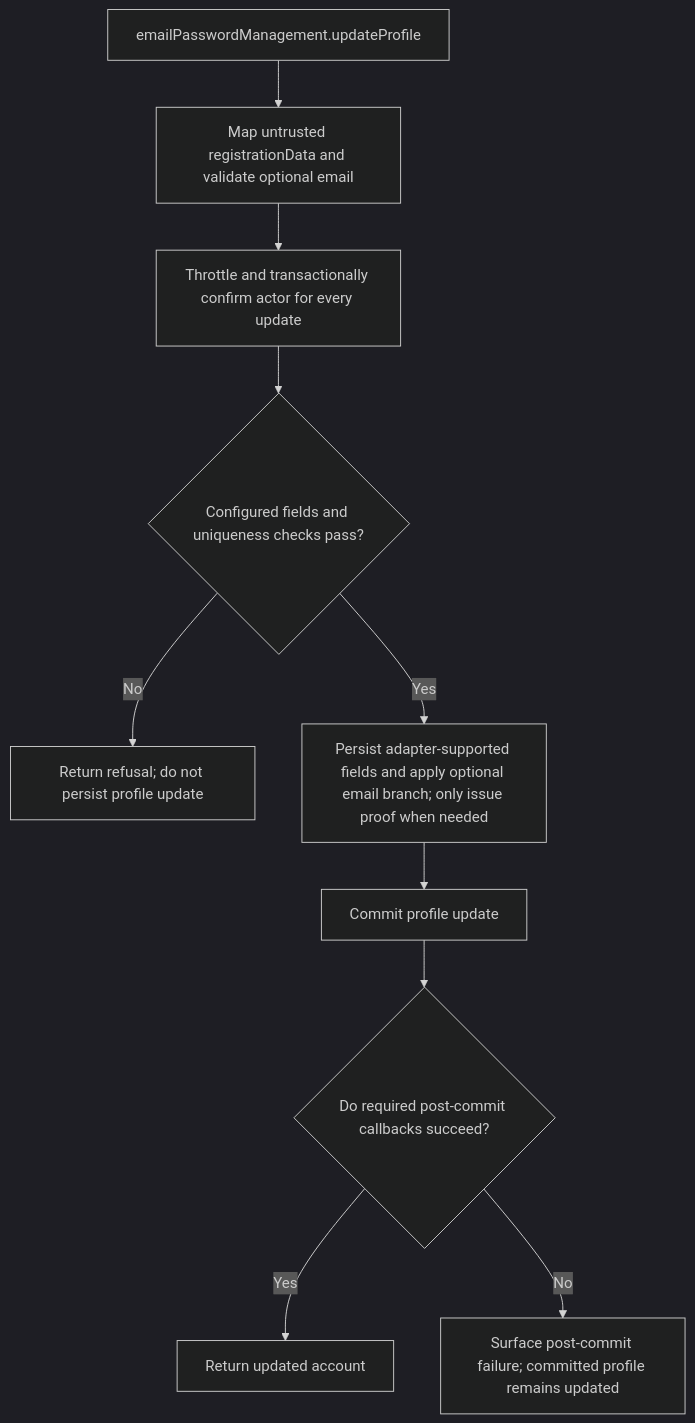
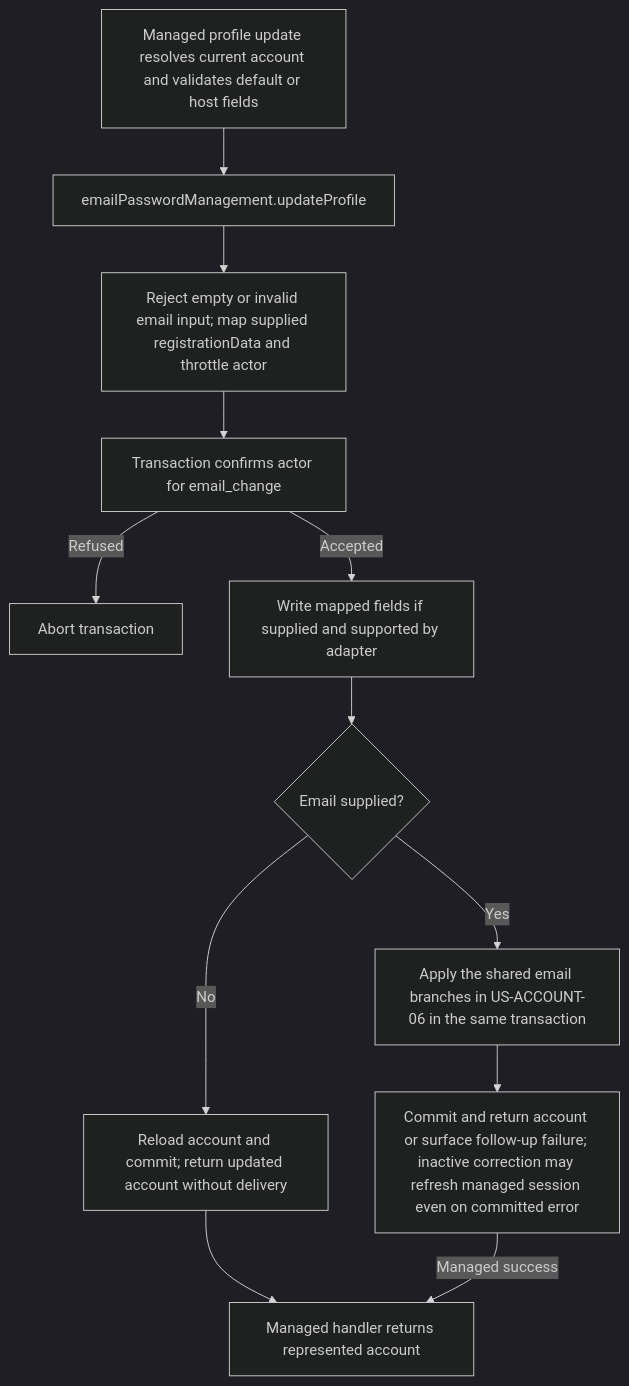
One commit to Kevinjohn/oss-adonisjs-account-kit changed the second of 2 diagrams in user-stories/US-ACCOUNT-07-update-profile.md. Above: the diagram before and after it, drawn with Mermaid (dark theme). The commit also changed other lines of this file and 70 other files, not shown here.

Commit message:
Refresh the Account Kit user story catalogue for 0.6.0

````diff
--- a/user-stories/US-ACCOUNT-07-update-profile.md
+++ b/user-stories/US-ACCOUNT-07-update-profile.md
@@ -31,12 +31,14 @@
 ```mermaid
 flowchart TD
- A["emailPasswordManagement.updateProfile"] --> B["Map untrusted registrationData and validate optional email"]
- B --> C["Throttle and transactionally confirm actor for every update"]
- C --> D{"Configured fields and uniqueness checks pass?"}
- D -->|No| E["Return refusal; do not persist profile update"]
- D -->|Yes| F["Persist adapter-supported fields and apply optional email branch; only issue proof when needed"]
- F --> G["Commit profile update"]
- G --> H{"Do required post-commit callbacks succeed?"}
- H -->|Yes| I["Return updated account"]
- H -->|No| J["Surface post-commit failure; committed profile remains updated"]
+  M["Managed profile update resolves current account and validates default or host fields"] --> A["emailPasswordManagement.updateProfile"]
+  A --> B["Reject empty or invalid email input; map supplied registrationData and throttle actor"]
+  B --> C["Transaction confirms actor for email_change"]
+  C -->|Refused| E["Abort transaction"]
+  C -->|Accepted| D["Write mapped fields if supplied and supported by adapter"]
+  D --> G{"Email supplied?"}
+  G -->|No| H["Reload account and commit; return updated account without delivery"]
+  G -->|Yes| I["Apply the shared email branches in US-ACCOUNT-06 in the same transaction"]
+  I --> J["Commit and return account or surface follow-up failure; inactive correction may refresh managed session even on committed error"]
+  H --> R["Managed handler returns represented account"]
+  J -->|Managed success| R
 ```
````
